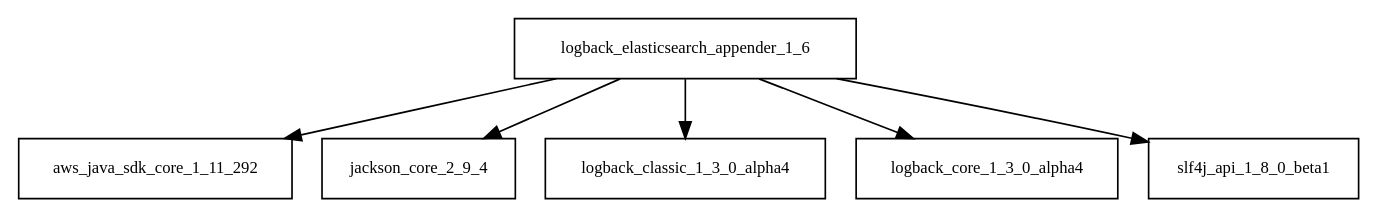
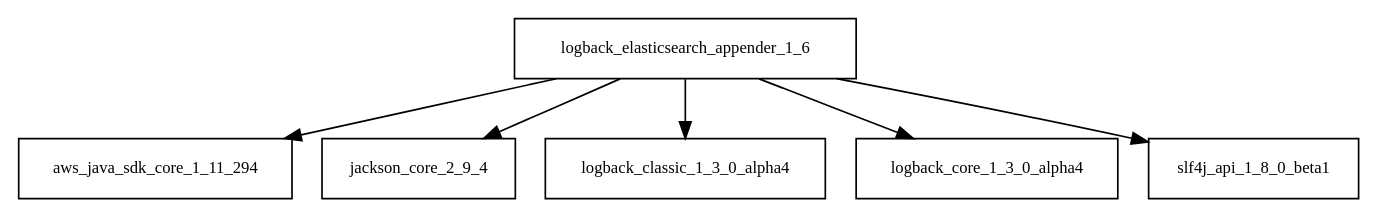
Before and after one commit to sjvs/cia: the diagram in tattleTaleReport/graphviz/logback-elasticsearch-appender-1.6.jar/logback-elasticsearch-appender-1.6.jar.dot, drawn with Graphviz. The commit also changed 1517 other files, not shown here.

```diff
--- a/tattleTaleReport/graphviz/logback-elasticsearch-appender-1.6.jar/logback-elasticsearch-appender-1.6.jar.dot
+++ b/tattleTaleReport/graphviz/logback-elasticsearch-appender-1.6.jar/logback-elasticsearch-appender-1.6.jar.dot
@@ -1,8 +1,8 @@
 digraph logback_elasticsearch_appender_1_6_dependencies {
   node [shape = box, fontsize=10.0];
-  logback_elasticsearch_appender_1_6 -> aws_java_sdk_core_1_11_292;
+  logback_elasticsearch_appender_1_6 -> aws_java_sdk_core_1_11_294;
   logback_elasticsearch_appender_1_6 -> jackson_core_2_9_4;
   logback_elasticsearch_appender_1_6 -> logback_classic_1_3_0_alpha4;
   logback_elasticsearch_appender_1_6 -> logback_core_1_3_0_alpha4;
   logback_elasticsearch_appender_1_6 -> slf4j_api_1_8_0_beta1;
 }
```
